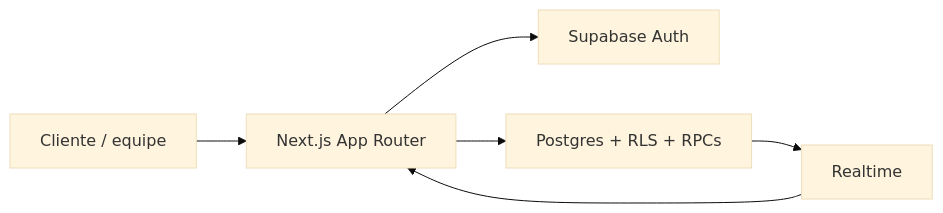
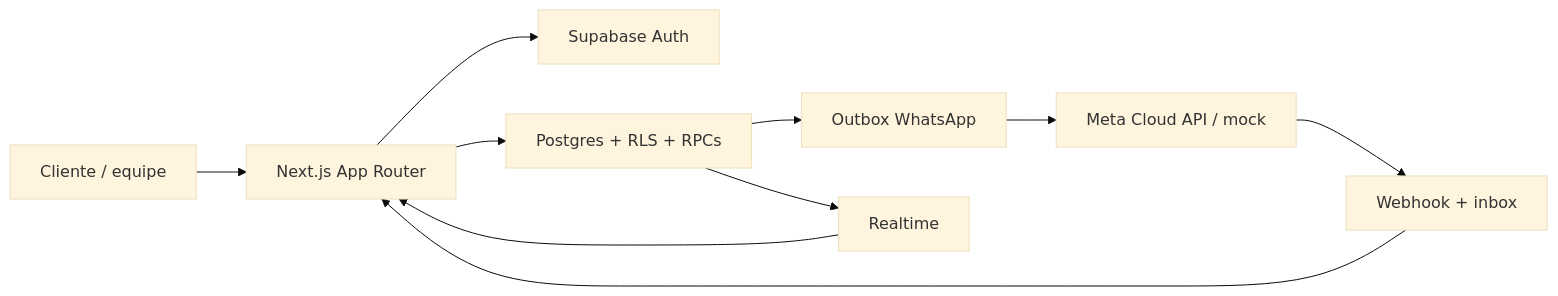
One commit to arthurohenrique/agenda changed the diagram in README.md. Above: the diagram before and after it, drawn with Mermaid (base theme). The commit also changed other lines of this file and 122 other files, not shown here.

Commit message:
feat: add WhatsApp Cloud API channel

````diff
--- a/README.md
+++ b/README.md
@@ -48,8 +64,12 @@
 ```mermaid
 flowchart LR
   Browser["Cliente / equipe"] --> Next["Next.js App Router"]
+  WhatsApp["Meta Cloud API / mock"] --> Inbox["Webhook + inbox"]
+  Inbox --> Next
   Next --> Auth["Supabase Auth"]
   Next --> DB["Postgres + RLS + RPCs"]
+  DB --> Outbox["Outbox WhatsApp"]
+  Outbox --> WhatsApp
   DB --> Realtime["Realtime"]
   Realtime --> Next
 ```
````
